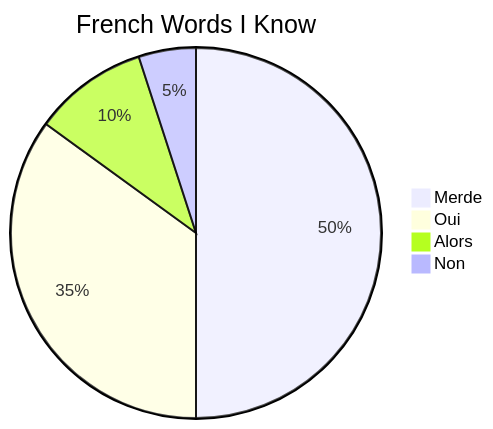
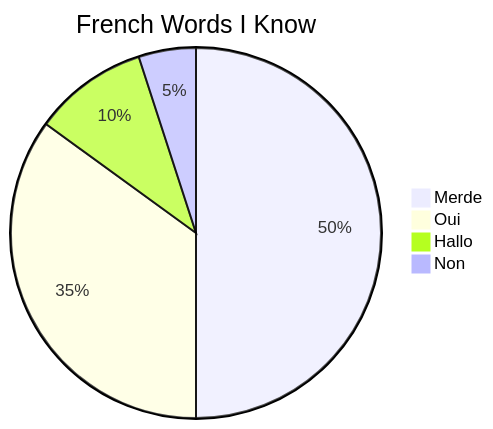
One commit to Jannusch/jannusch.xyz changed the diagram in content/archive/cooperativetsn/index.md. Above: the diagram before and after it, drawn with Mermaid. The commit also changed other lines of this file, not shown here.

```diff
--- a/content/archive/cooperativetsn/index.md
+++ b/content/archive/cooperativetsn/index.md
@@ -19,8 +26,8 @@
-{{< mermaid align="left" theme="neutral" >}}
+{{< mermaid >}}
 pie
     title French Words I Know
     "Merde" : 50
     "Oui" : 35
-    "Alors" : 10
+    "Hallo" : 10
     "Non" : 5
 {{< /mermaid >}}
```
